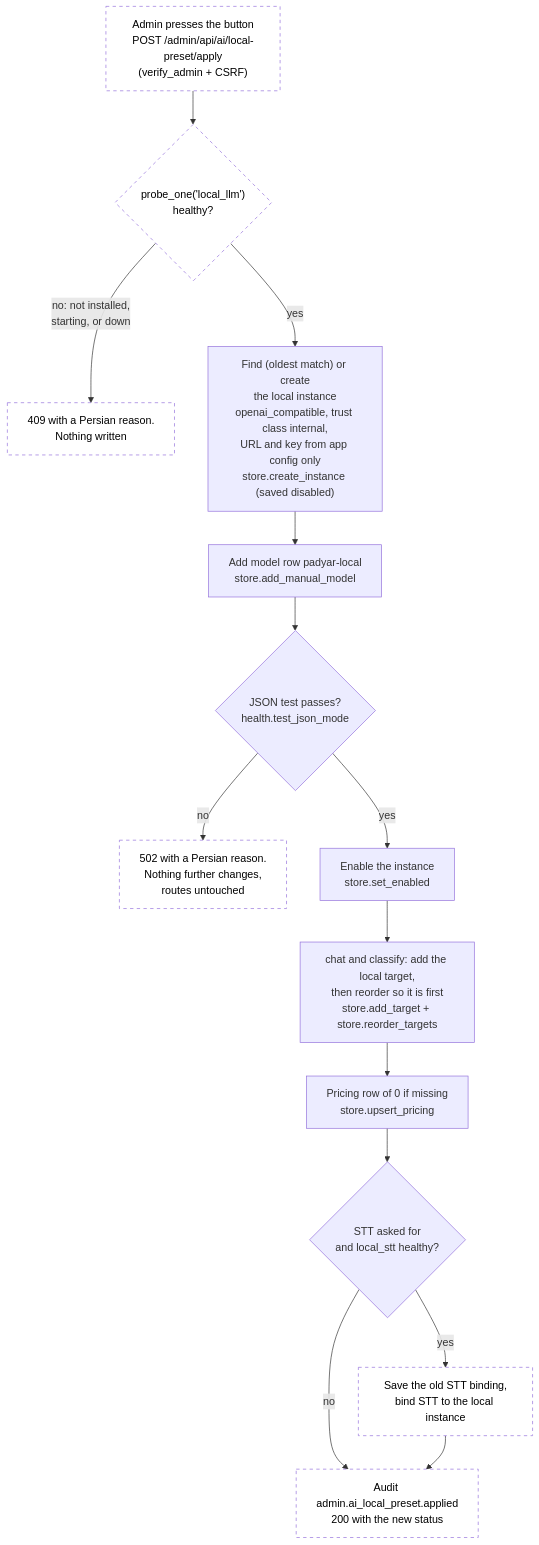
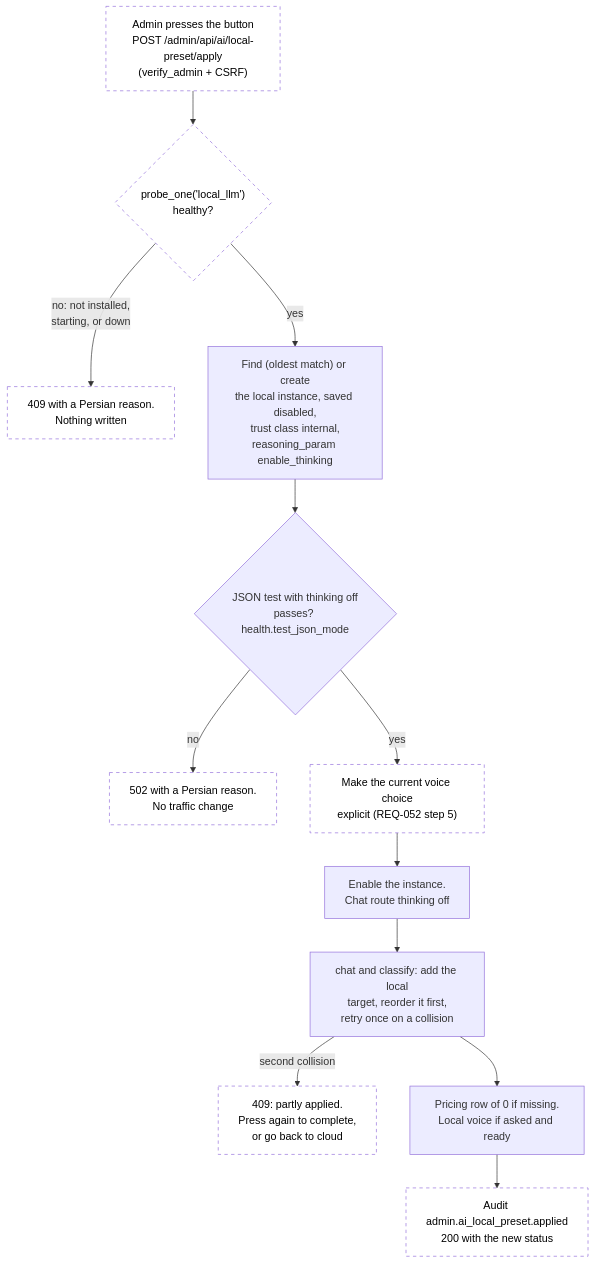
One commit to Kohandezh/PadyarAIChatBot changed the diagram in docs/features/local-inference/SPEC.md. Above: the diagram before and after it, drawn with Mermaid. The commit also changed other lines of this file, not shown here.

First line of the commit message:
docs: revise the local-inference SPEC after review

````diff
--- a/docs/features/local-inference/SPEC.md
+++ b/docs/features/local-inference/SPEC.md
@@ -131,23 +133,21 @@
 ```mermaid
 flowchart TB
     A["Admin presses the button<br/>POST /admin/api/ai/local-preset/apply<br/>(verify_admin + CSRF)"] --> R
 
     R{"probe_one('local_llm')<br/>healthy?"}
     R -->|"no: not installed,<br/>starting, or down"| F1["409 with a Persian reason.<br/>Nothing written"]
     R -->|yes| I
 
-    I["Find (oldest match) or create<br/>the local instance<br/>openai_compatible, trust class internal,<br/>URL and key from app config only<br/>store.create_instance (saved disabled)"]
-    I --> M["Add model row padyar-local<br/>store.add_manual_model"]
-    M --> T{"JSON test passes?<br/>health.test_json_mode"}
-    T -->|no| F2["502 with a Persian reason.<br/>Nothing further changes,<br/>routes untouched"]
-    T -->|yes| E["Enable the instance<br/>store.set_enabled"]
-    E --> RT["chat and classify: add the local target,<br/>then reorder so it is first<br/>store.add_target + store.reorder_targets"]
-    RT --> P["Pricing row of 0 if missing<br/>store.upsert_pricing"]
-    P --> S{"STT asked for<br/>and local_stt healthy?"}
-    S -->|yes| SB["Save the old STT binding,<br/>bind STT to the local instance"]
-    S -->|no| AU
-    SB --> AU["Audit admin.ai_local_preset.applied<br/>200 with the new status"]
+    I["Find (oldest match) or create<br/>the local instance, saved disabled,<br/>trust class internal,<br/>reasoning_param enable_thinking"]
+    I --> T{"JSON test with thinking off<br/>passes? health.test_json_mode"}
+    T -->|no| F2["502 with a Persian reason.<br/>No traffic change"]
+    T -->|yes| ST["Make the current voice choice<br/>explicit (REQ-052 step 5)"]
+    ST --> E["Enable the instance.<br/>Chat route thinking off"]
+    E --> RT["chat and classify: add the local<br/>target, reorder it first,<br/>retry once on a collision"]
+    RT -->|"second collision"| F3["409: partly applied.<br/>Press again to complete,<br/>or go back to cloud"]
+    RT --> P["Pricing row of 0 if missing.<br/>Local voice if asked and ready"]
+    P --> AU["Audit admin.ai_local_preset.applied<br/>200 with the new status"]
 
     classDef proposed stroke-dasharray: 5 5,color:#000,fill:#fff
-    class A,R,F1,F2,AU,SB proposed
+    class A,R,F1,F2,F3,ST,AU proposed
 ```
````
